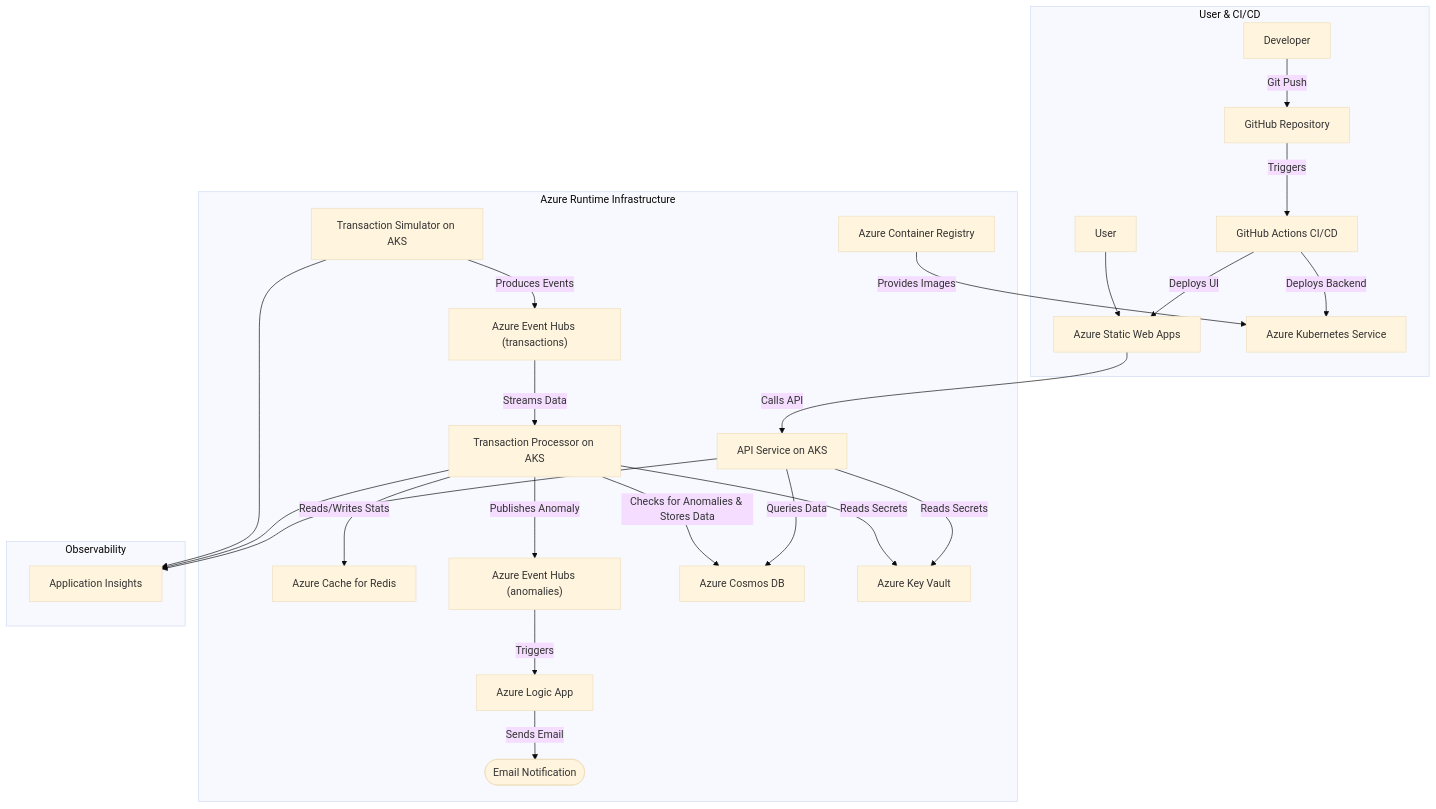
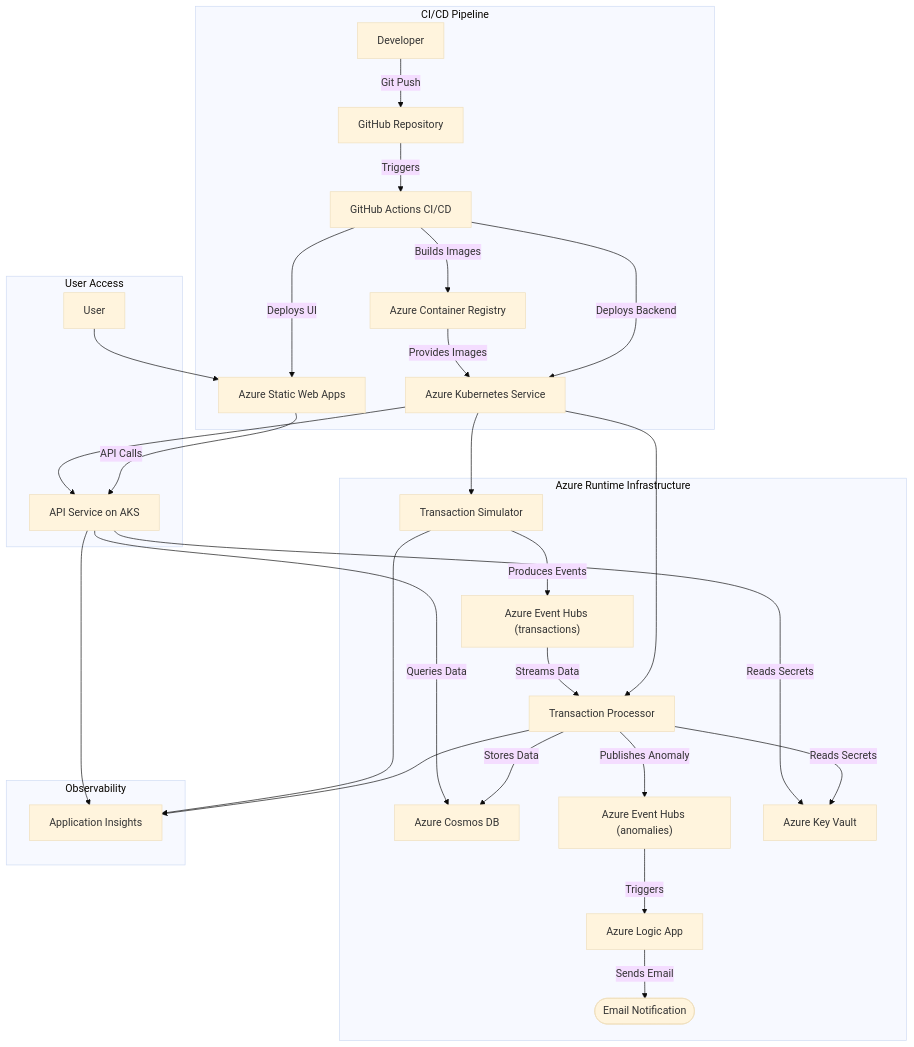
Before and after one commit to JonathanHidalgoN/RealTimeTransactionMonitoring: the diagram in README.md, drawn with Mermaid (base theme). The commit also changed other lines of this file, not shown here.

````diff
--- a/README.md
+++ b/README.md
@@ -11,33 +11,41 @@
 ```mermaid
 graph TD
-    subgraph "User & CI/CD"
-        U[User] --> SWA[Azure Static Web Apps];
-        A[Developer] -- Git Push --> B[GitHub Repository];
-        B -- Triggers --> C[GitHub Actions CI/CD];
-        C -- Deploys UI --> SWA;
-        C -- Deploys Backend --> F[Azure Kubernetes Service];
+    subgraph "CI/CD Pipeline"
+        DEV[Developer] -- Git Push --> REPO[GitHub Repository];
+        REPO -- Triggers --> ACTIONS[GitHub Actions CI/CD];
+        ACTIONS -- Builds Images --> ACR[Azure Container Registry];
+        ACTIONS -- Deploys UI --> SWA[Azure Static Web Apps];
+        ACTIONS -- Deploys Backend --> AKS[Azure Kubernetes Service];
+    end
+
+    subgraph "User Access"
+        USER[User] --> SWA;
+        SWA -- API Calls --> API[API Service on AKS];
     end
 
     subgraph "Azure Runtime Infrastructure"
-        SWA -- Calls API --> L[API Service on AKS];
-        G[Transaction Simulator on AKS] -- Produces Events --> H["Azure Event Hubs (transactions)"];
-        H -- Streams Data --> I[Transaction Processor on AKS];
-
-        I -- Reads/Writes Stats --> Q[Azure Cache for Redis];
-
-        I -- Publishes Anomaly --> N["Azure Event Hubs (anomalies)"];
-        N -- Triggers --> O[Azure Logic App];
-        O -- Sends Email --> P([Email Notification]);
-        I -- Checks for Anomalies & Stores Data --> J[Azure Cosmos DB];
-        I -- Reads Secrets --> K[Azure Key Vault];
-        L -- Queries Data --> J;
-        L -- Reads Secrets --> K;
-        E[Azure Container Registry] -- Provides Images --> F;
+        AKS --> API;
+        AKS --> PROCESSOR[Transaction Processor];
+        AKS --> SIMULATOR[Transaction Simulator];
+        
+        SIMULATOR -- Produces Events --> EVENTS_IN["Azure Event Hubs (transactions)"];
+        EVENTS_IN -- Streams Data --> PROCESSOR;
+        
+        PROCESSOR -- Stores Data --> COSMOS[Azure Cosmos DB];
+        PROCESSOR -- Publishes Anomaly --> EVENTS_OUT["Azure Event Hubs (anomalies)"];
+        EVENTS_OUT -- Triggers --> LOGIC[Azure Logic App];
+        LOGIC -- Sends Email --> EMAIL([Email Notification]);
+        
+        API -- Queries Data --> COSMOS;
+        PROCESSOR -- Reads Secrets --> KV[Azure Key Vault];
+        API -- Reads Secrets --> KV;
+        
+        ACR -- Provides Images --> AKS;
     end
 
     subgraph "Observability"
-        G --> M[Application Insights];
-        I --> M;
-        L --> M;
+        API --> INSIGHTS[Application Insights];
+        PROCESSOR --> INSIGHTS;
+        SIMULATOR --> INSIGHTS;
     end
 ```
````
